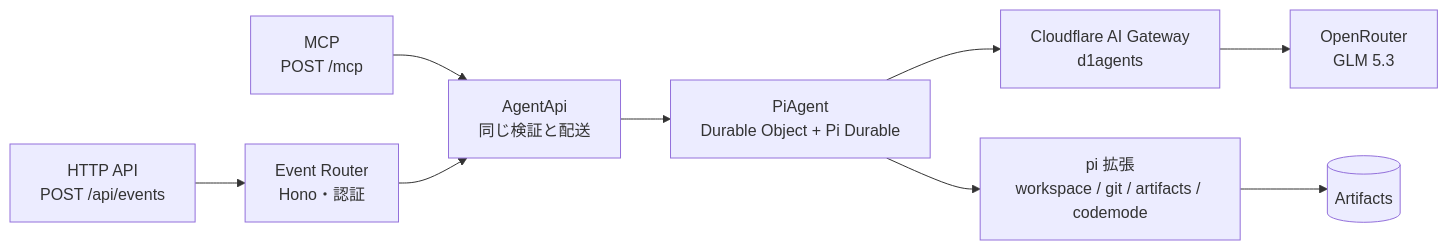
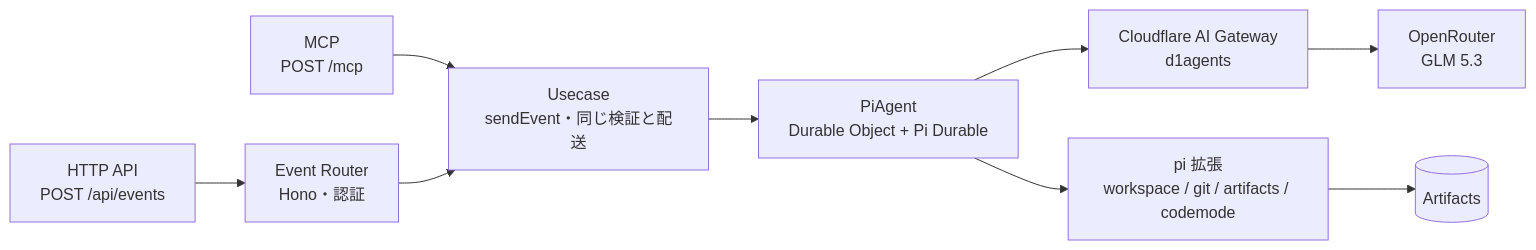
One commit to YuSa0-6/PiDurableAgents changed the diagram in README.md. Above: the diagram before and after it, drawn with Mermaid. The commit also changed other lines of this file and 12 other files, not shown here.

````diff
--- a/README.md
+++ b/README.md
@@ -19,11 +19,11 @@
 ```mermaid
 flowchart LR
   A[HTTP API<br>POST /api/events] --> R[Event Router<br>Hono・認証]
-  M[MCP<br>POST /mcp] --> S[AgentApi<br>同じ検証と配送]
+  M[MCP<br>POST /mcp] --> S[Usecase<br>sendEvent・同じ検証と配送]
   R --> S
   S --> P[PiAgent<br>Durable Object + Pi Durable]
   P --> GW[Cloudflare AI Gateway<br>d1agents]
   GW --> OR[OpenRouter<br>GLM 5.3]
   P --> T[pi 拡張<br>workspace / git / artifacts / codemode]
   T --> AR[(Artifacts)]
 ```
````
